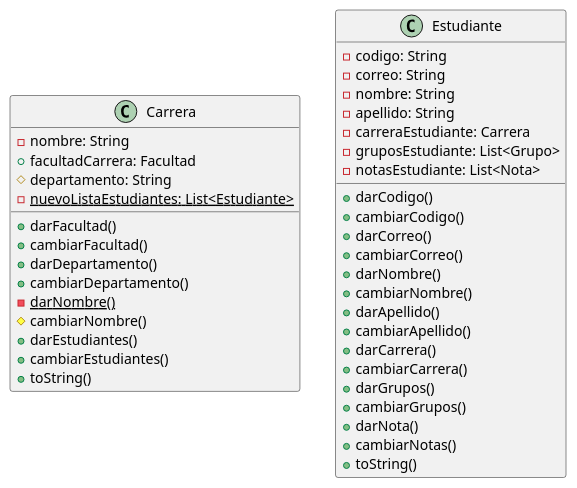
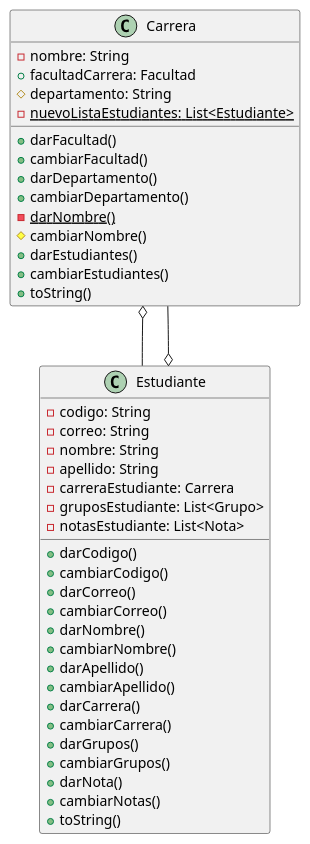
Before and after one commit to afmoyar/Java-Documentator: the diagram in Java-documentator/Documentation/Class_diagram.puml, drawn with PlantUML. The commit also changed 6 other files, not shown here.

```diff
--- a/Java-documentator/Documentation/Class_diagram.puml
+++ b/Java-documentator/Documentation/Class_diagram.puml
@@ -1,41 +1,43 @@
 @startuml
 class Carrera{
 	-nombre: String
 	+facultadCarrera: Facultad
 	#departamento: String
 	-{static}nuevoListaEstudiantes: List<Estudiante>
 	+darFacultad()
 	+cambiarFacultad()
 	+darDepartamento()
 	+cambiarDepartamento()
 	-{static}darNombre()
 	#cambiarNombre()
 	+darEstudiantes()
 	+cambiarEstudiantes()
 	+toString()
 }
 class Estudiante{
 	-codigo: String
 	-correo: String
 	-nombre: String
 	-apellido: String
 	-carreraEstudiante: Carrera
 	-gruposEstudiante: List<Grupo>
 	-notasEstudiante: List<Nota>
 	+darCodigo()
 	+cambiarCodigo()
 	+darCorreo()
 	+cambiarCorreo()
 	+darNombre()
 	+cambiarNombre()
 	+darApellido()
 	+cambiarApellido()
 	+darCarrera()
 	+cambiarCarrera()
 	+darGrupos()
 	+cambiarGrupos()
 	+darNota()
 	+cambiarNotas()
 	+toString()
 }
+Carrera o-- Estudiante
+Estudiante o-- Carrera
 @enduml
```
